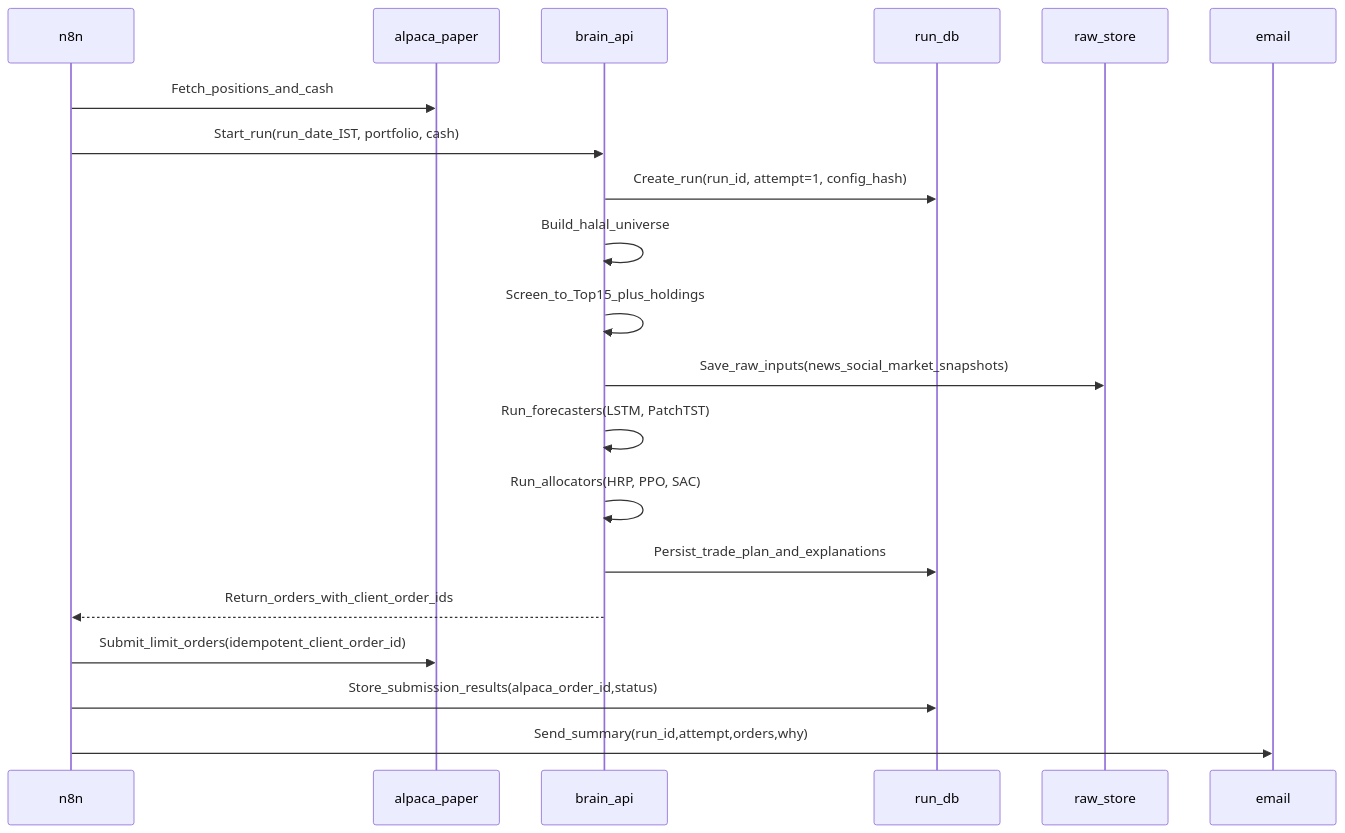
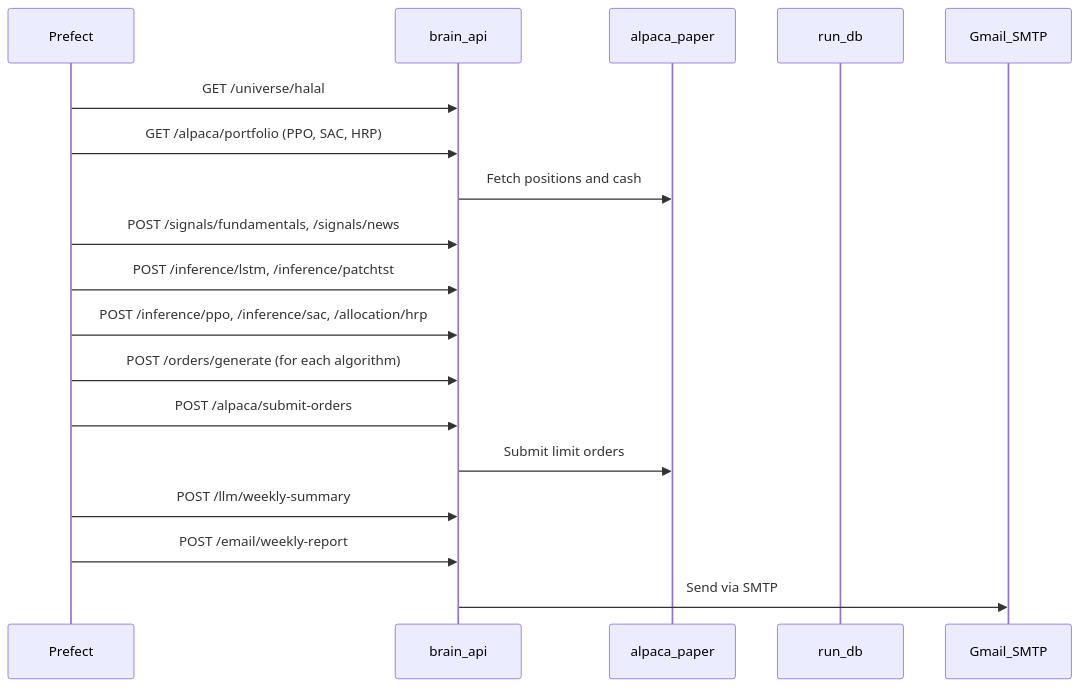
One commit to hajirazin/LearnFinance-2025 changed the second of 4 diagrams in README.md. Above: the diagram before and after it, drawn with Mermaid. The commit also changed other lines of this file and 2 other files, not shown here.

First line of the commit message:
docs: Update documentation from n8n to Prefect orchestration

````diff
--- a/README.md
+++ b/README.md
@@ -184,23 +222,21 @@
 ```mermaid
 sequenceDiagram
-  participant N8N as n8n
+  participant Prefect as Prefect
+  participant Brain as brain_api
   participant Alpaca as alpaca_paper
-  participant Brain as brain_api
   participant DB as run_db
-  participant Raw as raw_store
-  participant Email as email
+  participant Email as Gmail_SMTP
 
-  N8N->>Alpaca: Fetch_positions_and_cash
-  N8N->>Brain: Start_run(run_date_IST, portfolio, cash)
-  Brain->>DB: Create_run(run_id, attempt=1, config_hash)
-  Brain->>Brain: Build_halal_universe
-  Brain->>Brain: Screen_to_Top15_plus_holdings
-  Brain->>Raw: Save_raw_inputs(news_social_market_snapshots)
-  Brain->>Brain: Run_forecasters(LSTM, PatchTST)
-  Brain->>Brain: Run_allocators(HRP, PPO, SAC)
-  Brain->>DB: Persist_trade_plan_and_explanations
-  Brain-->>N8N: Return_orders_with_client_order_ids
-  N8N->>Alpaca: Submit_limit_orders(idempotent_client_order_id)
-  N8N->>DB: Store_submission_results(alpaca_order_id,status)
-  N8N->>Email: Send_summary(run_id,attempt,orders,why)
+  Prefect->>Brain: GET /universe/halal
+  Prefect->>Brain: GET /alpaca/portfolio (PPO, SAC, HRP)
+  Brain->>Alpaca: Fetch positions and cash
+  Prefect->>Brain: POST /signals/fundamentals, /signals/news
+  Prefect->>Brain: POST /inference/lstm, /inference/patchtst
+  Prefect->>Brain: POST /inference/ppo, /inference/sac, /allocation/hrp
+  Prefect->>Brain: POST /orders/generate (for each algorithm)
+  Prefect->>Brain: POST /alpaca/submit-orders
+  Brain->>Alpaca: Submit limit orders
+  Prefect->>Brain: POST /llm/weekly-summary
+  Prefect->>Brain: POST /email/weekly-report
+  Brain->>Email: Send via SMTP
 ```
````
